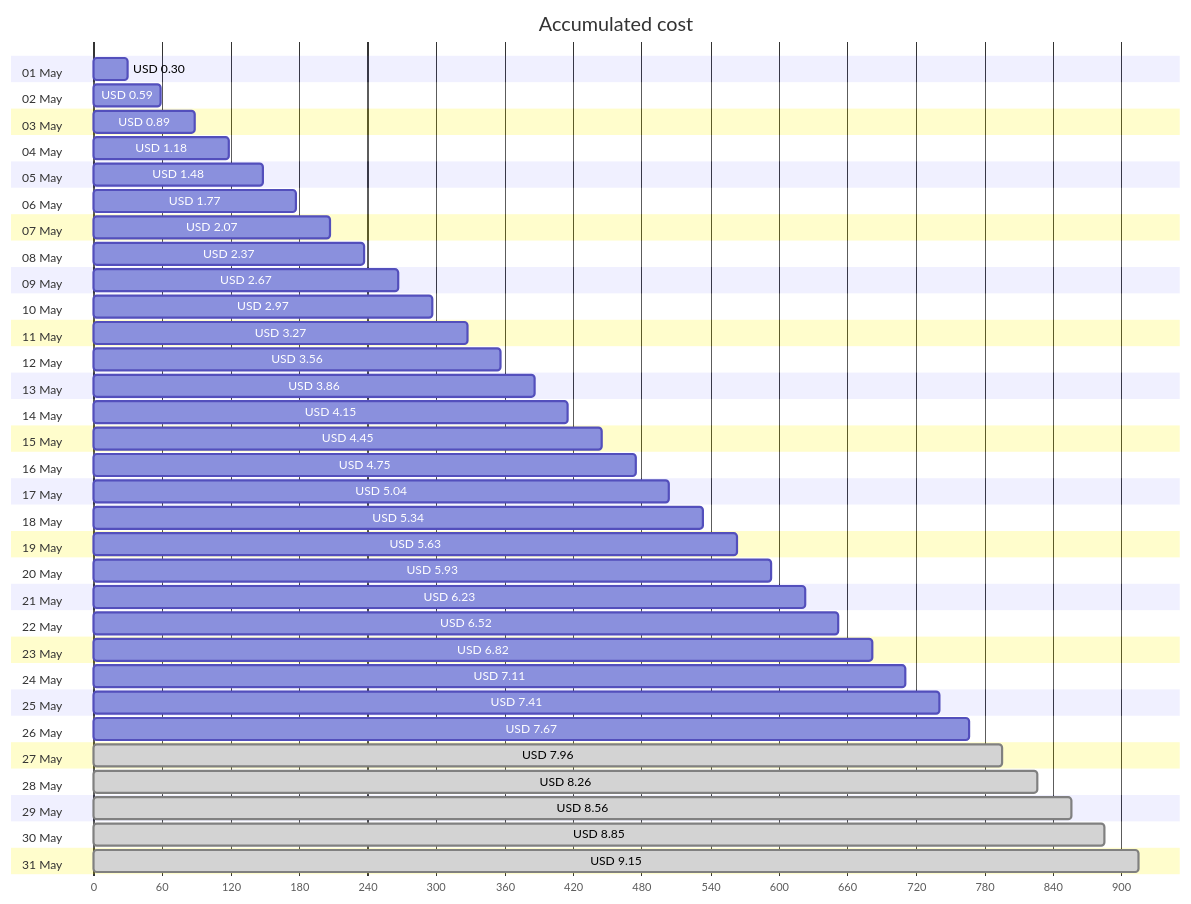
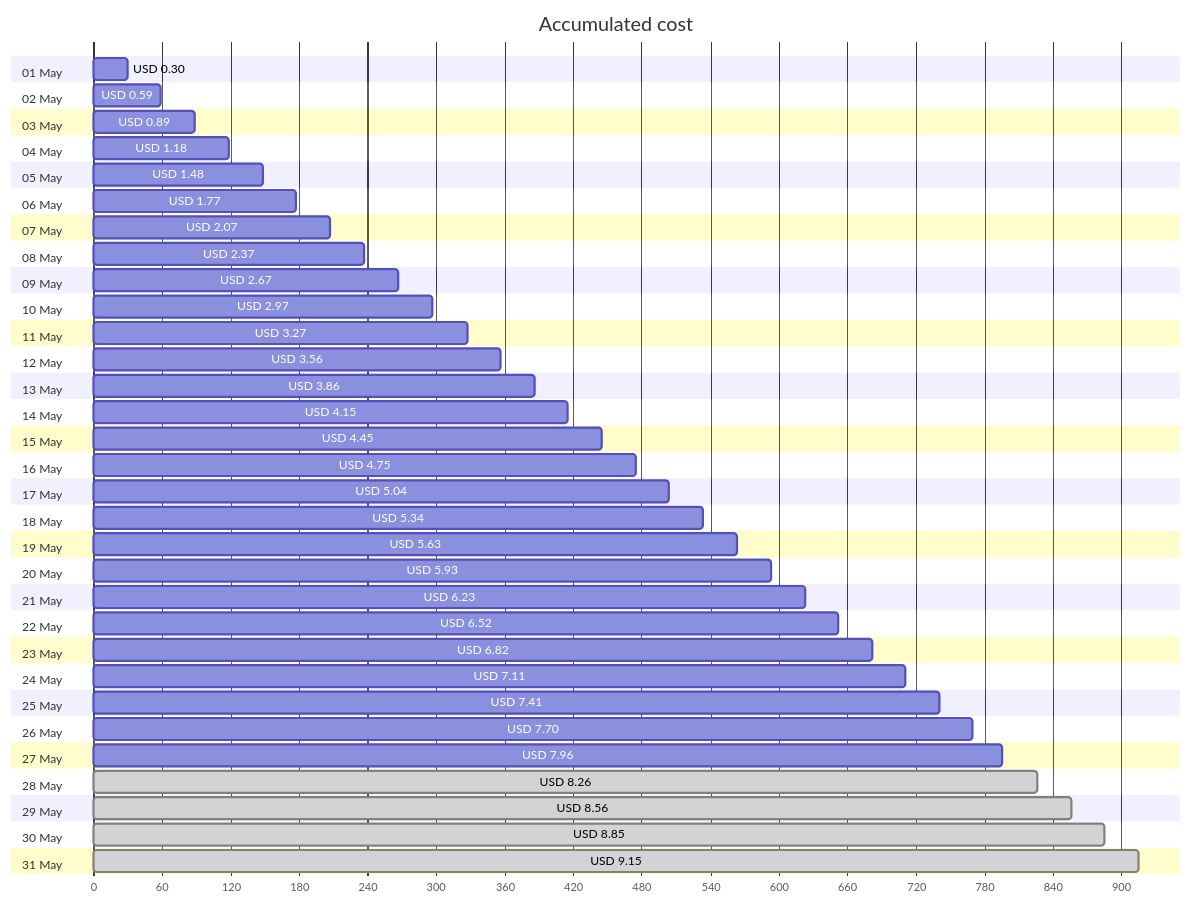
Before and after one commit to jpfulton/azure-personal-reports: the first of 4 diagrams in cost-reports/personal-site/personal-site-preview.md, drawn with Mermaid. The commit also changed other lines of this file and 6 other files, not shown here.

````diff
--- a/cost-reports/personal-site/personal-site-preview.md
+++ b/cost-reports/personal-site/personal-site-preview.md
@@ -20,68 +20,68 @@
 ```mermaid
 gantt
    title Accumulated cost
    dateFormat  X
    axisFormat %s
    section 01 May
    USD 0.30 :0, 30
    section 02 May
    USD 0.59 :0, 59
    section 03 May
    USD 0.89 :0, 89
    section 04 May
    USD 1.18 :0, 118
    section 05 May
    USD 1.48 :0, 148
    section 06 May
    USD 1.77 :0, 177
    section 07 May
    USD 2.07 :0, 207
    section 08 May
    USD 2.37 :0, 237
    section 09 May
    USD 2.67 :0, 267
    section 10 May
    USD 2.97 :0, 297
    section 11 May
    USD 3.27 :0, 327
    section 12 May
    USD 3.56 :0, 356
    section 13 May
    USD 3.86 :0, 386
    section 14 May
    USD 4.15 :0, 415
    section 15 May
    USD 4.45 :0, 445
    section 16 May
    USD 4.75 :0, 475
    section 17 May
    USD 5.04 :0, 504
    section 18 May
    USD 5.34 :0, 534
    section 19 May
    USD 5.63 :0, 563
    section 20 May
    USD 5.93 :0, 593
    section 21 May
    USD 6.23 :0, 623
    section 22 May
    USD 6.52 :0, 652
    section 23 May
    USD 6.82 :0, 682
    section 24 May
    USD 7.11 :0, 711
    section 25 May
    USD 7.41 :0, 741
    section 26 May
-   USD 7.67 :0, 767
+   USD 7.70 :0, 770
    section 27 May
-   USD 7.96 : done, 0, 796
+   USD 7.96 :0, 796
    section 28 May
    USD 8.26 : done, 0, 826
    section 29 May
    USD 8.56 : done, 0, 856
    section 30 May
    USD 8.85 : done, 0, 885
    section 31 May
    USD 9.15 : done, 0, 915
 ```
````
